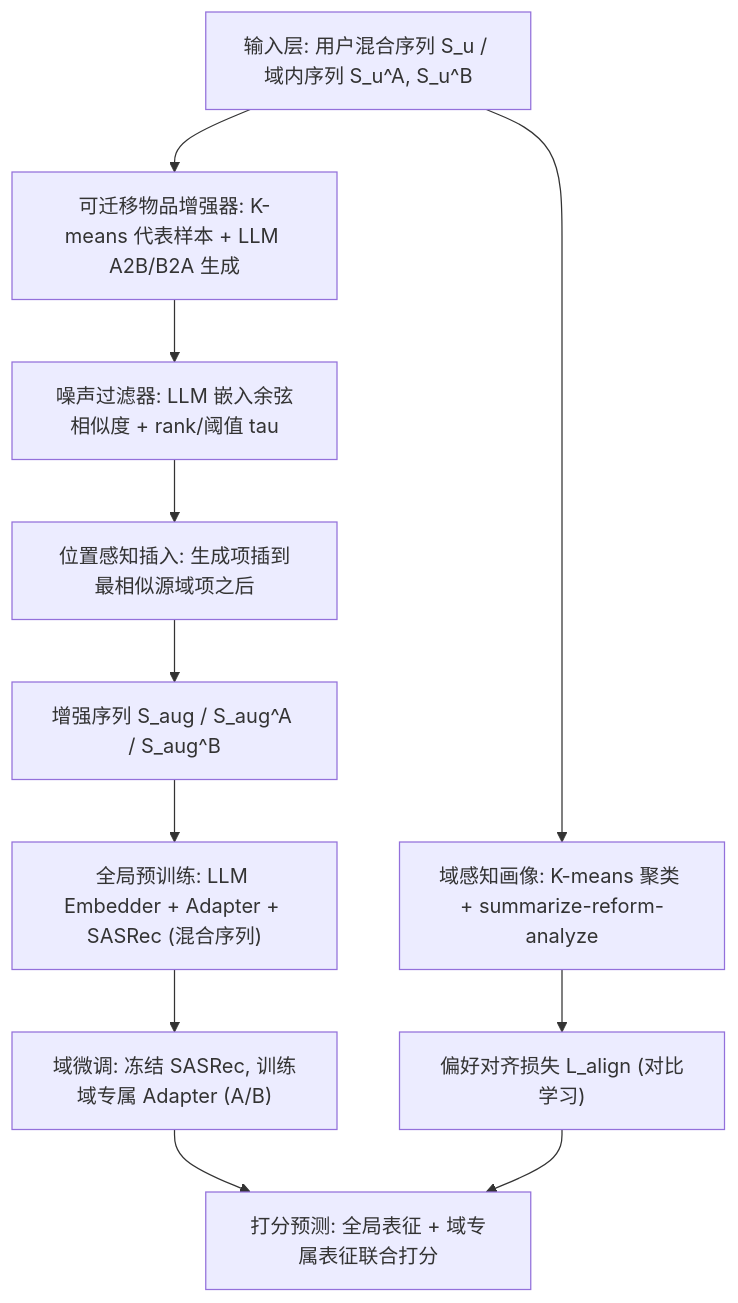
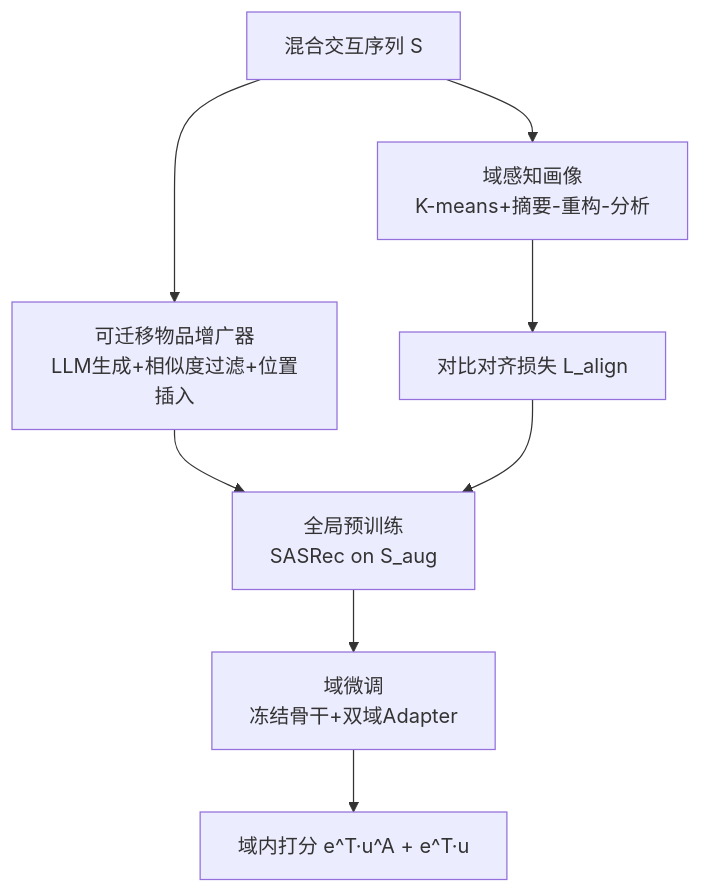
Before and after one commit to jbdcia321vw/Paper-Notes: the diagram in docs/venues/SIGIR/2026/cross_domain_multi_scenario/llm_edt_large_language_model_enhanced_cross_domain_sequential_recommendatio.md, drawn with Mermaid. The commit also changed other lines of this file and 1119 other files, not shown here.

````diff
--- a/docs/venues/SIGIR/2026/cross_domain_multi_scenario/llm_edt_large_language_model_enhanced_cross_domain_sequential_recommendatio.md
+++ b/docs/venues/SIGIR/2026/cross_domain_multi_scenario/llm_edt_large_language_model_enhanced_cross_domain_sequential_recommendatio.md
@@ -57,13 +47,10 @@
 ```mermaid
 flowchart TD
-    A["输入层: 用户混合序列 S_u / 域内序列 S_u^A, S_u^B"] --> B["可迁移物品增强器: K-means 代表样本 + LLM A2B/B2A 生成"]
-    B --> C["噪声过滤器: LLM 嵌入余弦相似度 + rank/阈值 tau"]
-    C --> D["位置感知插入: 生成项插到最相似源域项之后"]
-    D --> E["增强序列 S_aug / S_aug^A / S_aug^B"]
-    E --> F["全局预训练: LLM Embedder + Adapter + SASRec (混合序列)"]
-    F --> G["域微调: 冻结 SASRec, 训练域专属 Adapter (A/B)"]
-    A --> H["域感知画像: K-means 聚类 + summarize-reform-analyze"]
-    H --> I["偏好对齐损失 L_align (对比学习)"]
-    G --> J["打分预测: 全局表征 + 域专属表征联合打分"]
-    I --> J
+    A["混合交互序列 S"] --> B["可迁移物品增广器<br/>LLM生成+相似度过滤+位置插入"]
+    B --> C["全局预训练<br/>SASRec on S_aug"]
+    C --> D["域微调<br/>冻结骨干+双域Adapter"]
+    A --> E["域感知画像<br/>K-means+摘要-重构-分析"]
+    E --> F["对比对齐损失 L_align"]
+    F --> C
+    D --> G["域内打分 e^T·u^A + e^T·u"]
 ```
````
